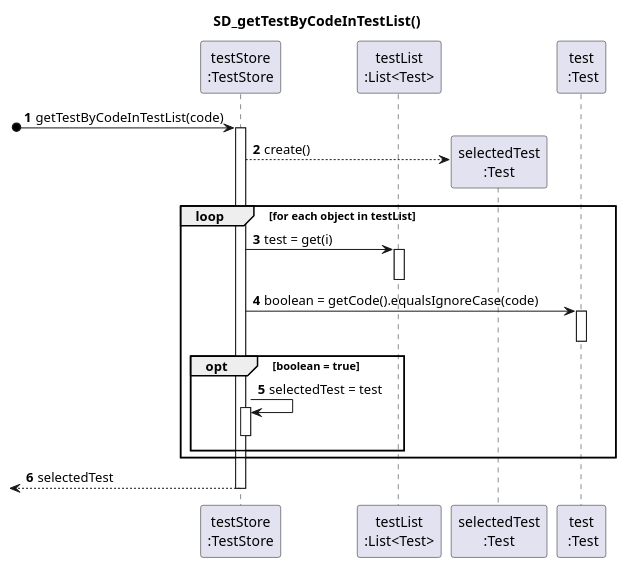
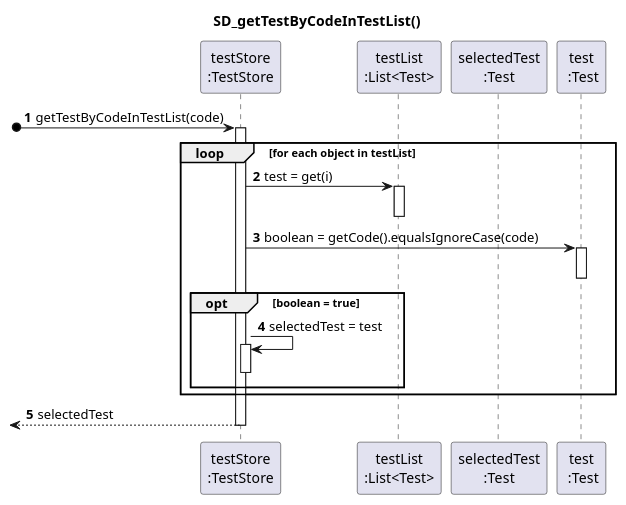
Before and after one commit to ana-albergaria/LAPR2-ISEP: the diagram in docs/SprintC/US_5/SD_getTestByCodeInTestList().puml, drawn with PlantUML. The commit also changed 8 other files, not shown here.

```diff
--- a/docs/SprintC/US_5/SD_getTestByCodeInTestList().puml
+++ b/docs/SprintC/US_5/SD_getTestByCodeInTestList().puml
@@ -1,41 +1,39 @@
 @startuml
 title SD_getTestByCodeInTestList()
 
 autonumber
 
 participant "testStore\n:TestStore" as TEST_STORE
 participant "testList\n:List<Test>" as LIST
 participant "selectedTest\n:Test" as SELECTED_TEST
 participant "test\n :Test" as TEST_OBJ
 
 [o-> TEST_STORE : getTestByCodeInTestList(code)
 activate TEST_STORE
-
-TEST_STORE --> SELECTED_TEST** : create()
 
 loop for each object in testList
 TEST_STORE -> LIST : test = get(i)
 activate LIST
 deactivate LIST
 
 TEST_STORE -> TEST_OBJ : boolean = getCode().equalsIgnoreCase(code)
 activate TEST_OBJ
 deactivate TEST_OBJ
 
 opt boolean = true
 
 
 TEST_STORE -> TEST_STORE : selectedTest = test
 activate TEST_STORE
 deactivate TEST_STORE
 
 end
 end
 
 
 [<-- TEST_STORE : selectedTest
 deactivate TEST_STORE
 
 
 
 @enduml
```
